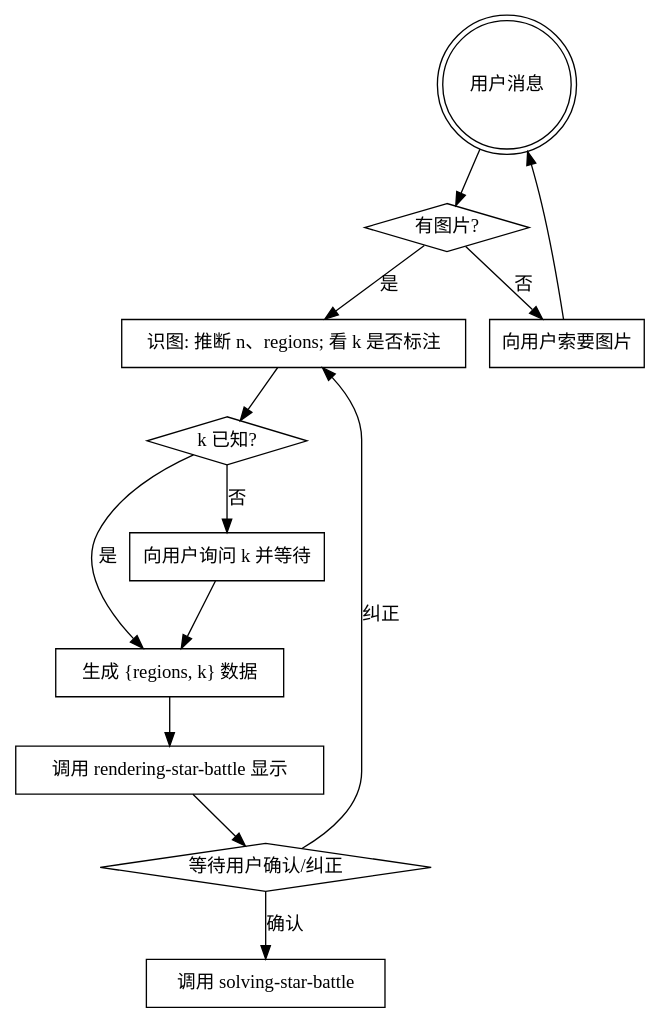
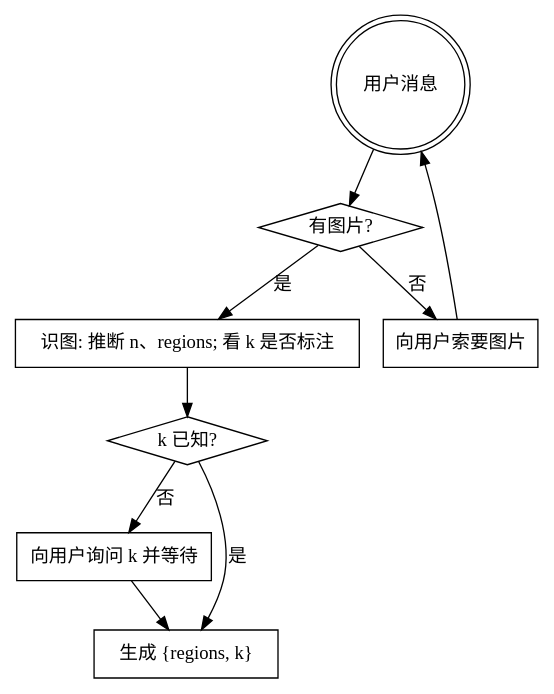
The diagram in packages/star-battle/skills/decoding-star-battle/SKILL.md (HakurouKen/puzzle-solver), drawn with Graphviz before and after one commit. The commit also changed other lines of this file and 25 other files, not shown here.

Commit message:
refactor(star-battle): split solve and resolve skills

````diff
--- a/packages/star-battle/skills/decoding-star-battle/SKILL.md
+++ b/packages/star-battle/skills/decoding-star-battle/SKILL.md
@@ -12,25 +12,19 @@
 ```dot
 digraph flow {
     "用户消息" [shape=doublecircle];
     "有图片?" [shape=diamond];
     "向用户索要图片" [shape=box];
     "识图: 推断 n、regions; 看 k 是否标注" [shape=box];
     "k 已知?" [shape=diamond];
     "向用户询问 k 并等待" [shape=box];
-    "生成 {regions, k} 数据" [shape=box];
-    "调用 rendering-star-battle 显示" [shape=box];
-    "等待用户确认/纠正" [shape=diamond];
-    "调用 solving-star-battle" [shape=box];
+    "生成 {regions, k}" [shape=box];
     "用户消息" -> "有图片?";
     "有图片?" -> "识图: 推断 n、regions; 看 k 是否标注" [label="是"];
     "有图片?" -> "向用户索要图片" [label="否"];
     "向用户索要图片" -> "用户消息";
     "识图: 推断 n、regions; 看 k 是否标注" -> "k 已知?";
-    "k 已知?" -> "生成 {regions, k} 数据" [label="是"];
+    "k 已知?" -> "生成 {regions, k}" [label="是"];
     "k 已知?" -> "向用户询问 k 并等待" [label="否"];
-    "向用户询问 k 并等待" -> "生成 {regions, k} 数据";
-    "生成 {regions, k} 数据" -> "调用 rendering-star-battle 显示" -> "等待用户确认/纠正";
-    "等待用户确认/纠正" -> "调用 solving-star-battle" [label="确认"];
-    "等待用户确认/纠正" -> "识图: 推断 n、regions; 看 k 是否标注" [label="纠正"];
+    "向用户询问 k 并等待" -> "生成 {regions, k}";
 }
 ```
````
